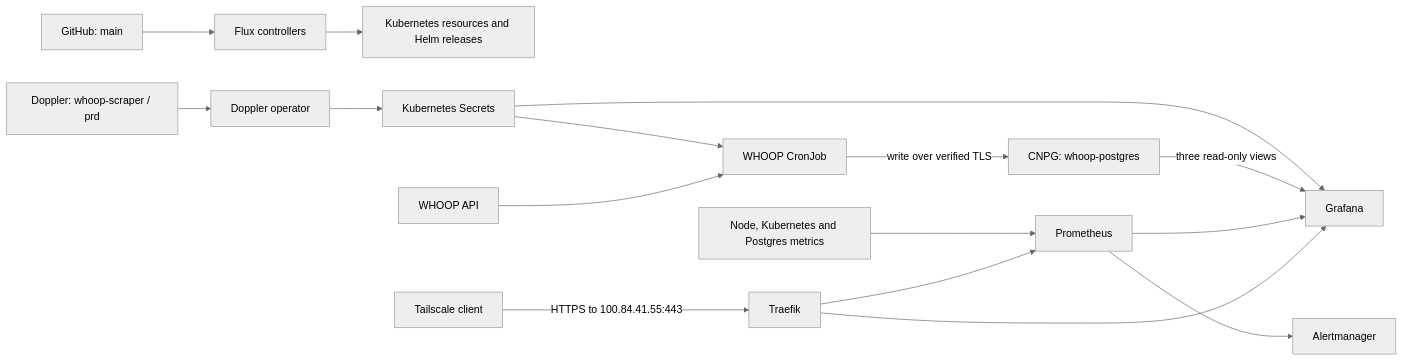
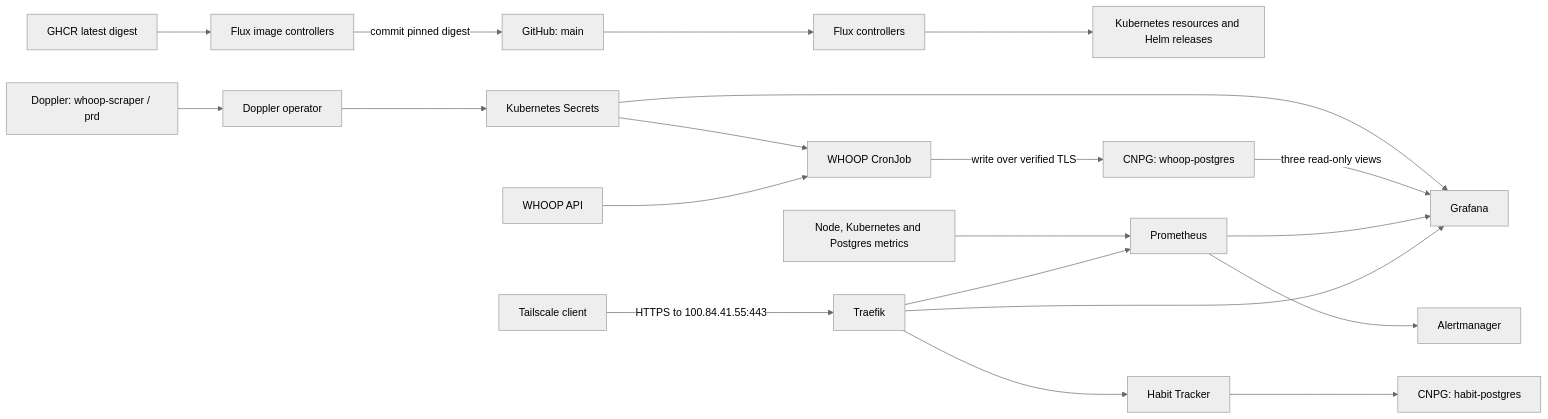
The diagram in README.md (whutchinson98/homelab-flux), drawn with Mermaid (neutral theme) before and after one commit. The commit also changed other lines of this file and 23 other files, not shown here.

Commit message:
Deploy private Habit Tracker with Postgres and image automation

````diff
--- a/README.md
+++ b/README.md
@@ -37,18 +38,22 @@
 ```mermaid
 flowchart LR
     Git["GitHub: main"] --> Flux["Flux controllers"]
     Flux --> Resources["Kubernetes resources and Helm releases"]
     Doppler["Doppler: whoop-scraper / prd"] --> Operator["Doppler operator"]
     Operator --> Secrets["Kubernetes Secrets"]
     Secrets --> Job["WHOOP CronJob"]
     WHOOP["WHOOP API"] --> Job
     Job -->|"write over verified TLS"| PG["CNPG: whoop-postgres"]
     Secrets --> Grafana["Grafana"]
     PG -->|"three read-only views"| Grafana
     Exporters["Node, Kubernetes and Postgres metrics"] --> Prom["Prometheus"]
     Prom --> Grafana
     Prom --> AM["Alertmanager"]
     Client["Tailscale client"] -->|"HTTPS to 100.84.41.55:443"| Traefik["Traefik"]
     Traefik --> Grafana
     Traefik --> Prom
+    Traefik --> Habits["Habit Tracker"]
+    Habits --> HabitDB["CNPG: habit-postgres"]
+    Registry["GHCR latest digest"] --> Images["Flux image controllers"]
+    Images -->|"commit pinned digest"| Git
 ```
````
